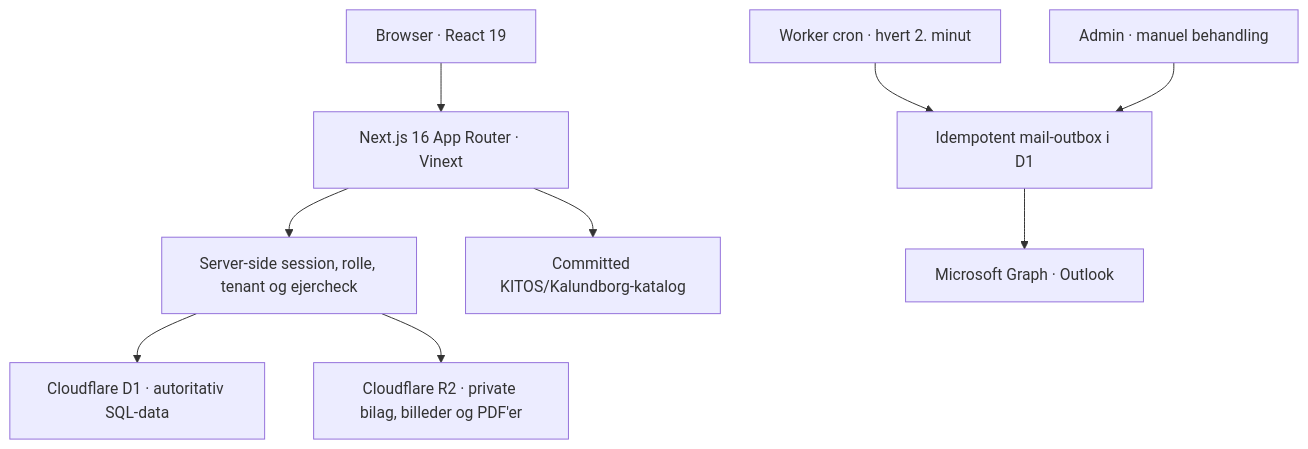
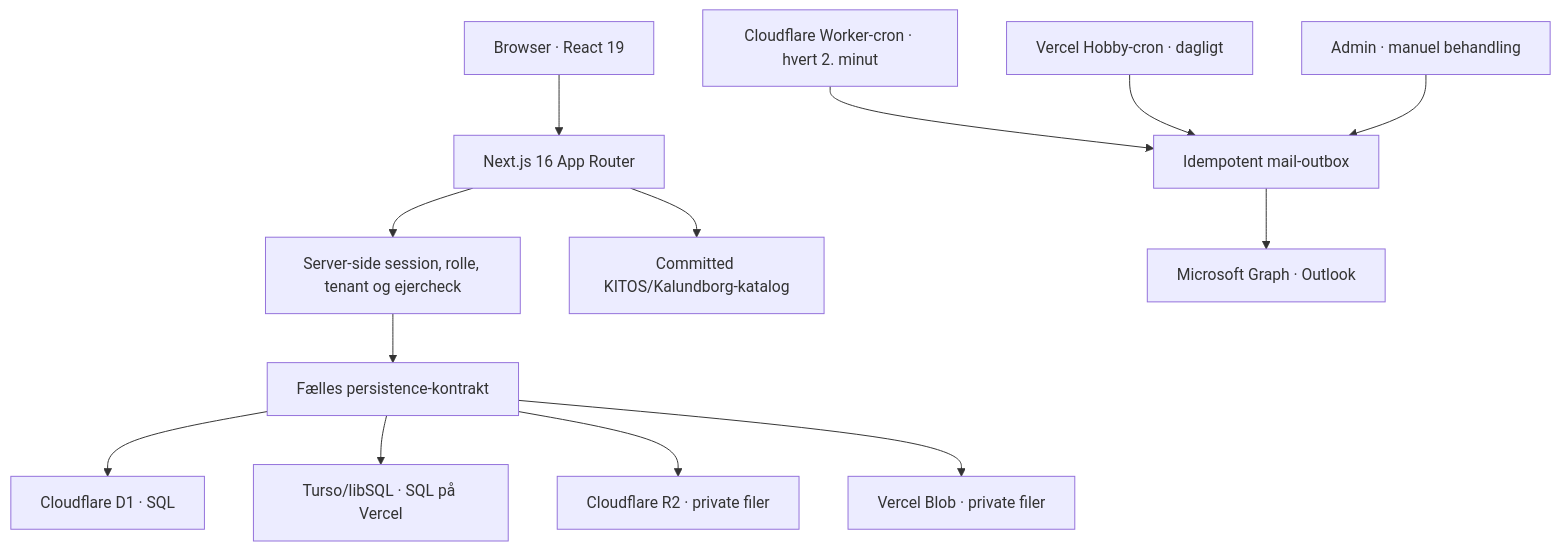
The second of 2 diagrams in README.md (Parthee-Vijaya/DGITA), drawn with Mermaid before and after one commit. The commit also changed other lines of this file and 47 other files, not shown here.

Commit message:
feat: deploy secure Vercel persistence and uploads

````diff
--- a/README.md
+++ b/README.md
@@ -99,11 +99,15 @@
 ```mermaid
 flowchart TB
-    Browser["Browser · React 19"] --> App["Next.js 16 App Router · Vinext"]
+    Browser["Browser · React 19"] --> App["Next.js 16 App Router"]
     App --> Auth["Server-side session, rolle, tenant og ejercheck"]
-    Auth --> D1["Cloudflare D1 · autoritativ SQL-data"]
-    Auth --> R2["Cloudflare R2 · private bilag, billeder og PDF'er"]
+    Auth --> Persistence["Fælles persistence-kontrakt"]
+    Persistence --> D1["Cloudflare D1 · SQL"]
+    Persistence --> Turso["Turso/libSQL · SQL på Vercel"]
+    Persistence --> R2["Cloudflare R2 · private filer"]
+    Persistence --> Blob["Vercel Blob · private filer"]
     App --> Catalog["Committed KITOS/Kalundborg-katalog"]
-    Cron["Worker cron · hvert 2. minut"] --> Outbox["Idempotent mail-outbox i D1"]
+    WorkerCron["Cloudflare Worker-cron · hvert 2. minut"] --> Outbox["Idempotent mail-outbox"]
+    VercelCron["Vercel Hobby-cron · dagligt"] --> Outbox
     Admin["Admin · manuel behandling"] --> Outbox
     Outbox --> Graph["Microsoft Graph · Outlook"]
 ```
````
